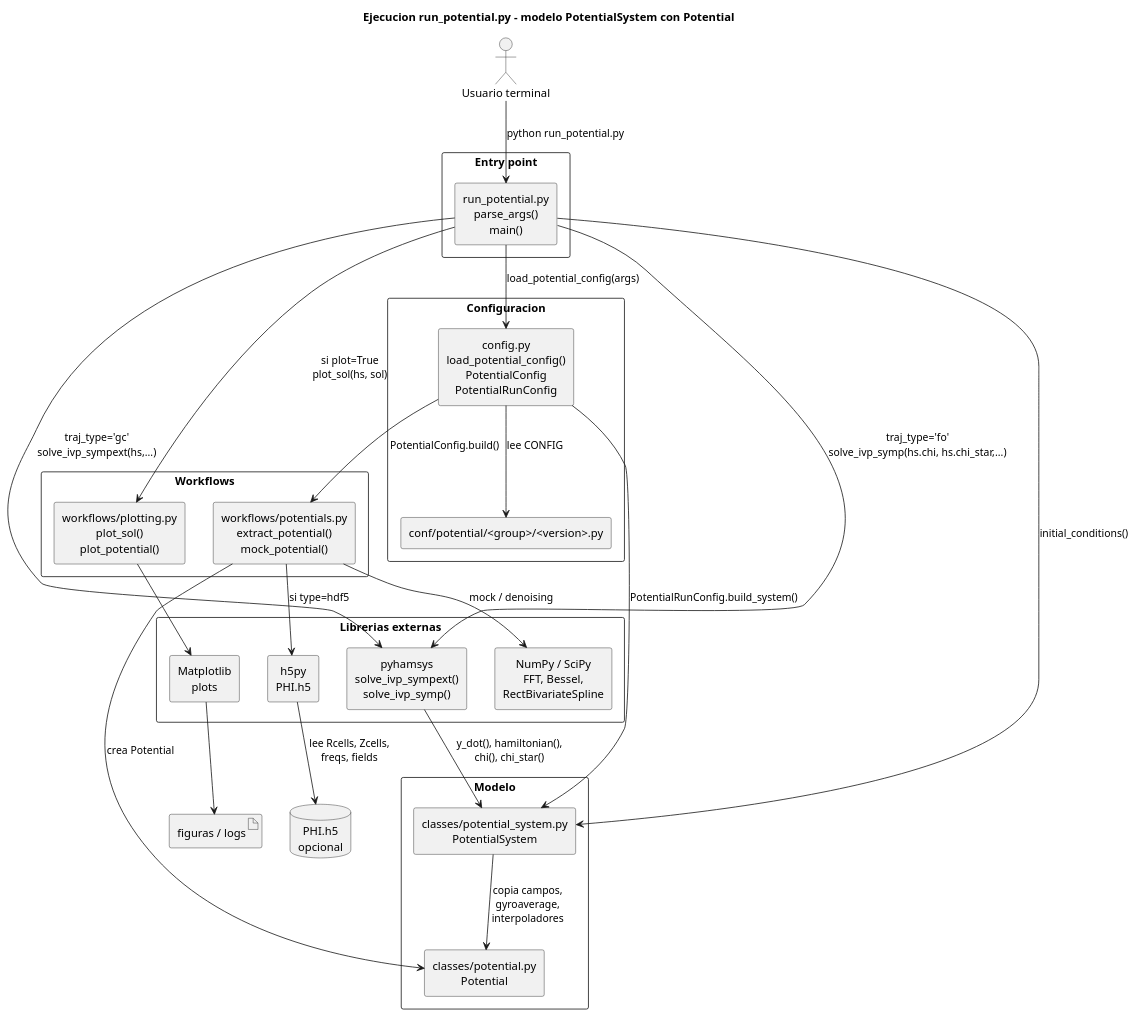
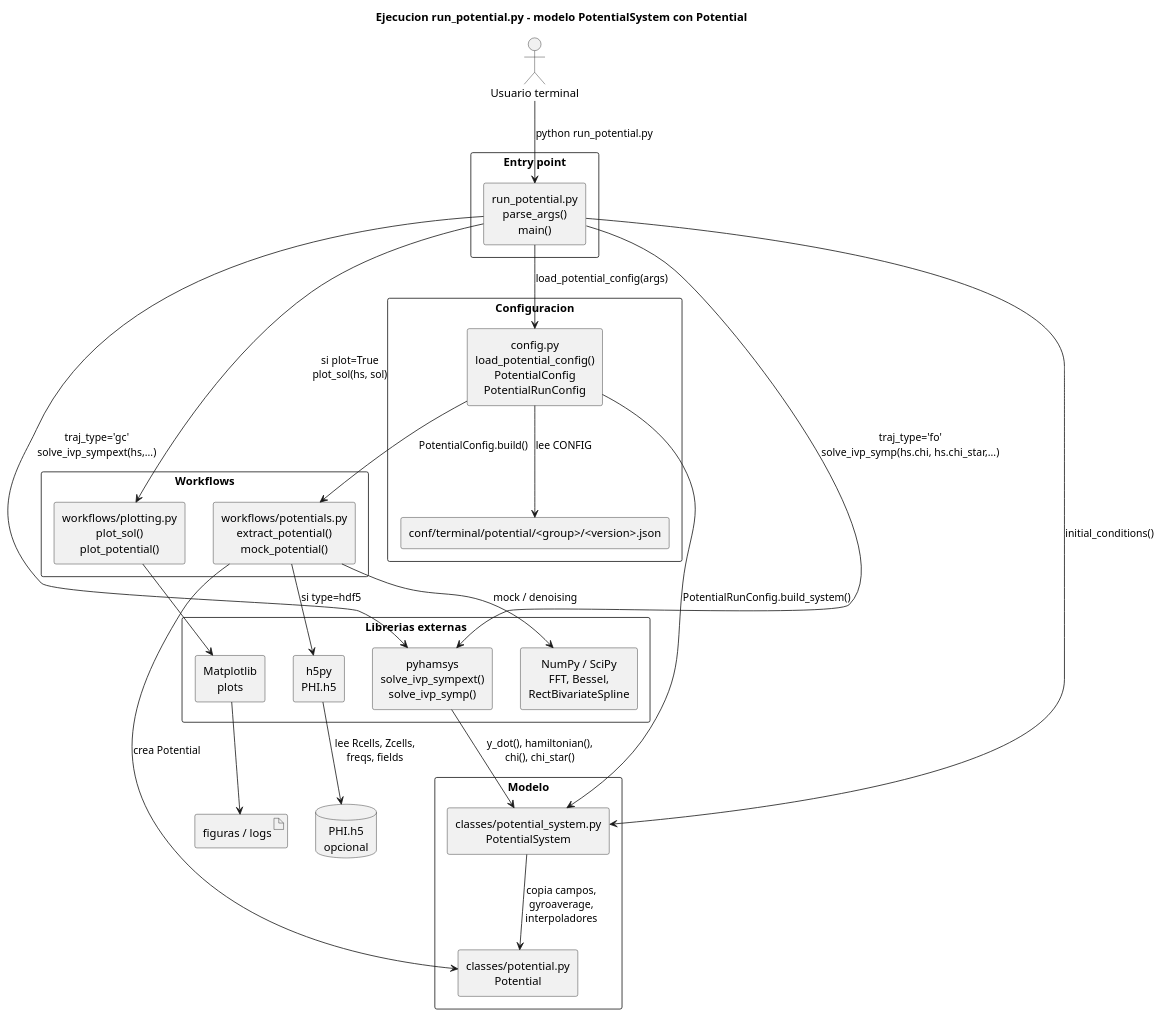
One commit to Jugibe-52/GC2D_intranet changed the diagram in docs/potential_execution/flow.puml. Above: the diagram before and after it, drawn with PlantUML. The commit also changed 37 other files, not shown here.

```diff
--- a/docs/potential_execution/flow.puml
+++ b/docs/potential_execution/flow.puml
@@ -1,62 +1,62 @@
 @startuml PotentialSystem_potential_execution_flow
 title Ejecucion run_potential.py - modelo PotentialSystem con Potential
 
 skinparam componentStyle rectangle
 skinparam shadowing false
 skinparam packageStyle rectangle
 skinparam defaultTextAlignment center
 
 actor "Usuario terminal" as user
 
 package "Entry point" {
   component "run_potential.py\nparse_args()\nmain()" as cli
 }
 
 package "Configuracion" {
-  component "conf/potential/<group>/<version>.py" as json
+  component "conf/terminal/potential/<group>/<version>.json" as json
   component "config.py\nload_potential_config()\nPotentialConfig\nPotentialRunConfig" as config
 }
 
 package "Workflows" {
   component "workflows/potentials.py\nextract_potential()\nmock_potential()" as potentials
   component "workflows/plotting.py\nplot_sol()\nplot_potential()" as plotting
 }
 
 package "Modelo" {
   component "classes/potential.py\nPotential" as potential
   component "classes/potential_system.py\nPotentialSystem" as fourier_cli
 }
 
 package "Librerias externas" {
   component "h5py\nPHI.h5" as h5py
   component "NumPy / SciPy\nFFT, Bessel,\nRectBivariateSpline" as scipy
   component "pyhamsys\nsolve_ivp_sympext()\nsolve_ivp_symp()" as pyhamsys
   component "Matplotlib\nplots" as mpl
 }
 
 database "PHI.h5\nopcional" as hdf5
 artifact "figuras / logs" as outputs
 
 user --> cli : python run_potential.py
 cli --> config : load_potential_config(args)
 config --> json : lee CONFIG
 
 config --> potentials : PotentialConfig.build()
 potentials --> h5py : si type=hdf5
 h5py --> hdf5 : lee Rcells, Zcells,\nfreqs, fields
 potentials --> potential : crea Potential
 potentials --> scipy : mock / denoising
 
 config --> fourier_cli : PotentialRunConfig.build_system()
 fourier_cli --> potential : copia campos,\ngyroaverage,\ninterpoladores
 
 cli --> fourier_cli : initial_conditions()
 cli --> pyhamsys : traj_type='gc'\nsolve_ivp_sympext(hs,...)
 cli --> pyhamsys : traj_type='fo'\nsolve_ivp_symp(hs.chi, hs.chi_star,...)
 pyhamsys --> fourier_cli : y_dot(), hamiltonian(),\nchi(), chi_star()
 
 cli --> plotting : si plot=True\nplot_sol(hs, sol)
 plotting --> mpl
 mpl --> outputs
 
 @enduml
```
